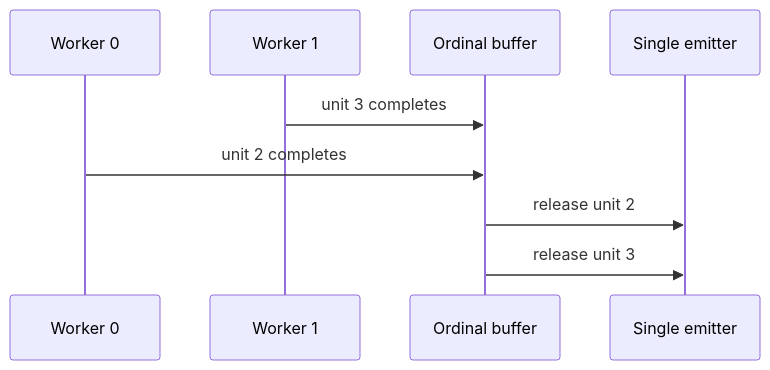
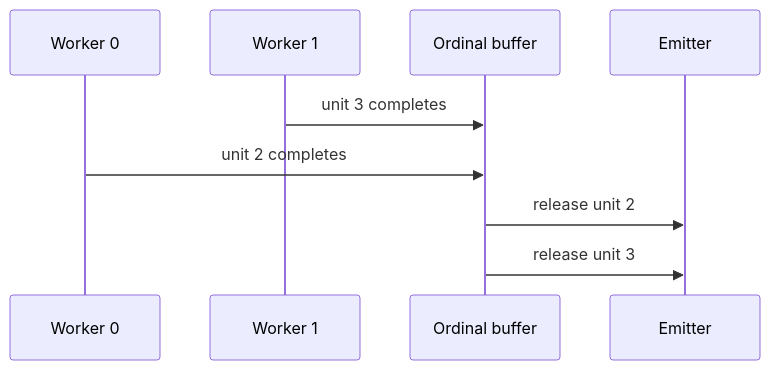
One commit to hillerlab/hspZ changed the fifth of 5 diagrams in docs/src/journeys/execution.md. Above: the diagram before and after it, drawn with Mermaid. The commit also changed other lines of this file and 33 other files, not shown here.

````diff
--- a/docs/src/journeys/execution.md
+++ b/docs/src/journeys/execution.md
@@ -90,11 +92,11 @@
 ```mermaid
 sequenceDiagram
     participant W0 as Worker 0
     participant W1 as Worker 1
     participant B as Ordinal buffer
-    participant E as Single emitter
+    participant E as Emitter
     W1->>B: unit 3 completes
     W0->>B: unit 2 completes
     B->>E: release unit 2
     B->>E: release unit 3
 ```
````
